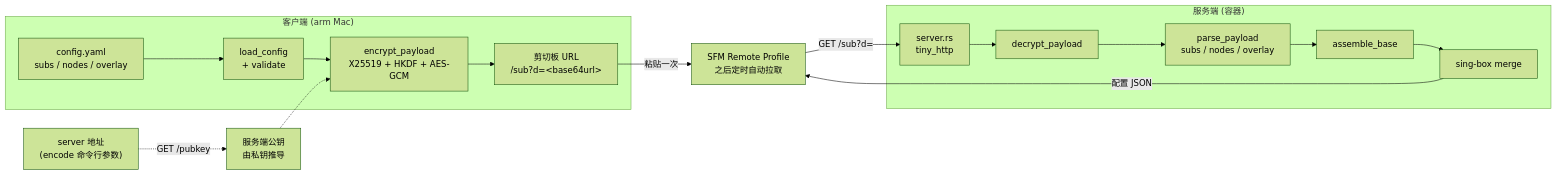
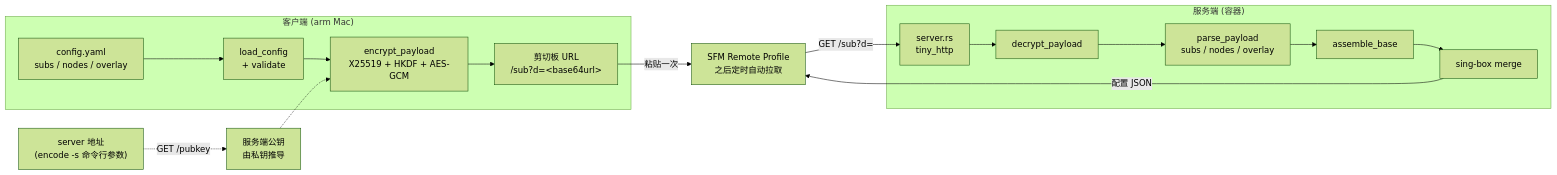
Before and after one commit to shelken/proxy: the first of 4 diagrams in docs/sb-sync.md, drawn with Mermaid (forest theme). The commit also changed other lines of this file and 4 other files, not shown here.

````diff
--- a/docs/sb-sync.md
+++ b/docs/sb-sync.md
@@ -20,24 +20,24 @@
 ```mermaid
 flowchart LR
     subgraph C["客户端 (arm Mac)"]
         Y["config.yaml<br/>subs / nodes / overlay"] --> K["load_config<br/>+ validate"]
         K --> E["encrypt_payload<br/>X25519 + HKDF + AES-GCM"]
         E --> U["剪切板 URL<br/>/sub?d=&lt;base64url&gt;"]
     end
 
-    S2["server 地址<br/>(encode 命令行参数)"]
+    S2["server 地址<br/>(encode -s 命令行参数)"]
     S2 -.->|"GET /pubkey"| PUB["服务端公钥<br/>由私钥推导"]
     PUB -.-> E
 
     U -->|粘贴一次| SFM["SFM Remote Profile<br/>之后定时自动拉取"]
     SFM -->|"GET /sub?d="| S
 
     subgraph SVR["服务端 (容器)"]
         S["server.rs<br/>tiny_http"] --> D["decrypt_payload"]
         D --> P["parse_payload<br/>subs / nodes / overlay"]
         P --> A["assemble_base"]
         A --> M["sing-box merge"]
     end
 
     M -->|配置 JSON| SFM
 ```
````
